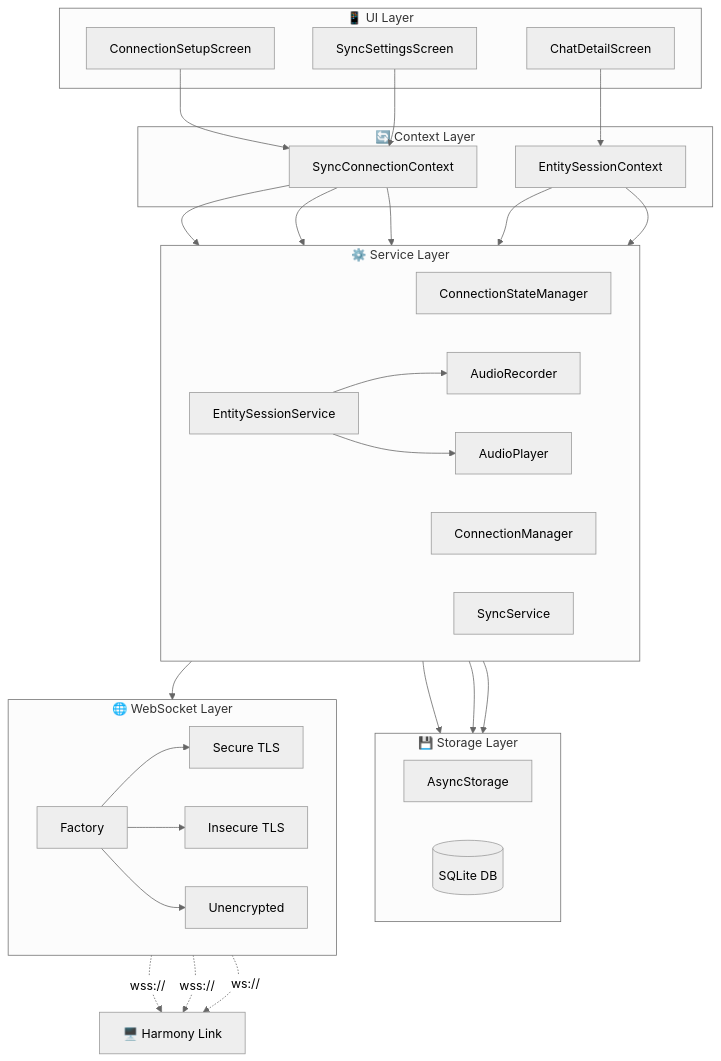
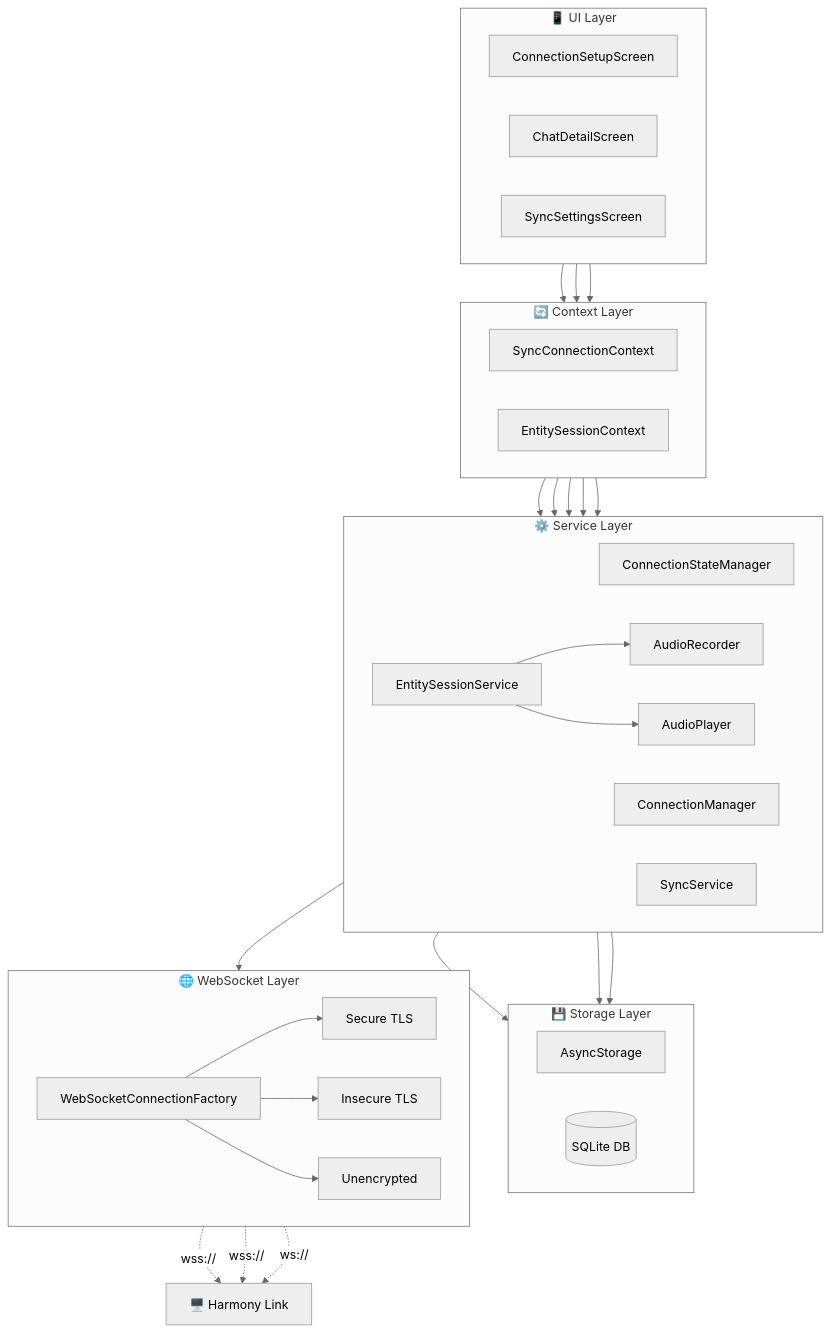
Before and after one commit to harmony-ai-solutions/harmony-ai-app: the first of 3 diagrams in docs/harmony-link-diagrams/01-connection-architecture.md, drawn with Mermaid (neutral theme).

````diff
--- a/docs/harmony-link-diagrams/01-connection-architecture.md
+++ b/docs/harmony-link-diagrams/01-connection-architecture.md
@@ -7,62 +7,64 @@
 ```mermaid
-graph TD
+graph TB
+    subgraph Storage["💾 Storage Layer"]
+        direction LR
+        AS[AsyncStorage]
+        DB[(SQLite DB)]
+    end
+    
     subgraph UI["📱 UI Layer"]
+        direction LR
         Setup[ConnectionSetupScreen]
         Chat[ChatDetailScreen]
         Sync[SyncSettingsScreen]
     end
     
     subgraph Context["🔄 Context Layer"]
+        direction LR
         SyncCtx[SyncConnectionContext]
         EntityCtx[EntitySessionContext]
     end
     
     subgraph Services["⚙️ Service Layer"]
         direction LR
         CSM[ConnectionStateManager]
         CM[ConnectionManager]
         SS[SyncService]
         ESS[EntitySessionService]
         AR[AudioRecorder]
         AP[AudioPlayer]
     end
     
-    subgraph Storage["💾 Storage Layer"]
-        direction LR
-        AS[AsyncStorage]
-        DB[(SQLite DB)]
-    end
-    
     subgraph WS["🌐 WebSocket Layer"]
         direction LR
-        Factory[Factory]
+        Factory[WebSocketConnectionFactory]
         Secure[Secure TLS]
         Insecure[Insecure TLS]
         Unencrypted[Unencrypted]
     end
     
     Setup --> SyncCtx
     Chat --> EntityCtx
     Sync --> SyncCtx
     
     SyncCtx --> CSM
     SyncCtx --> CM
     SyncCtx --> SS
     EntityCtx --> ESS
     EntityCtx --> CM
     
     CSM --> AS
     SS --> DB
     ESS --> DB
     ESS --> AR
     ESS --> AP
     
     CM --> Factory
     Factory --> Secure
     Factory --> Insecure
     Factory --> Unencrypted
     
     Secure -.->|wss://| HL[🖥️ Harmony Link]
     Insecure -.->|wss://| HL
     Unencrypted -.->|ws://| HL
 ```
````
